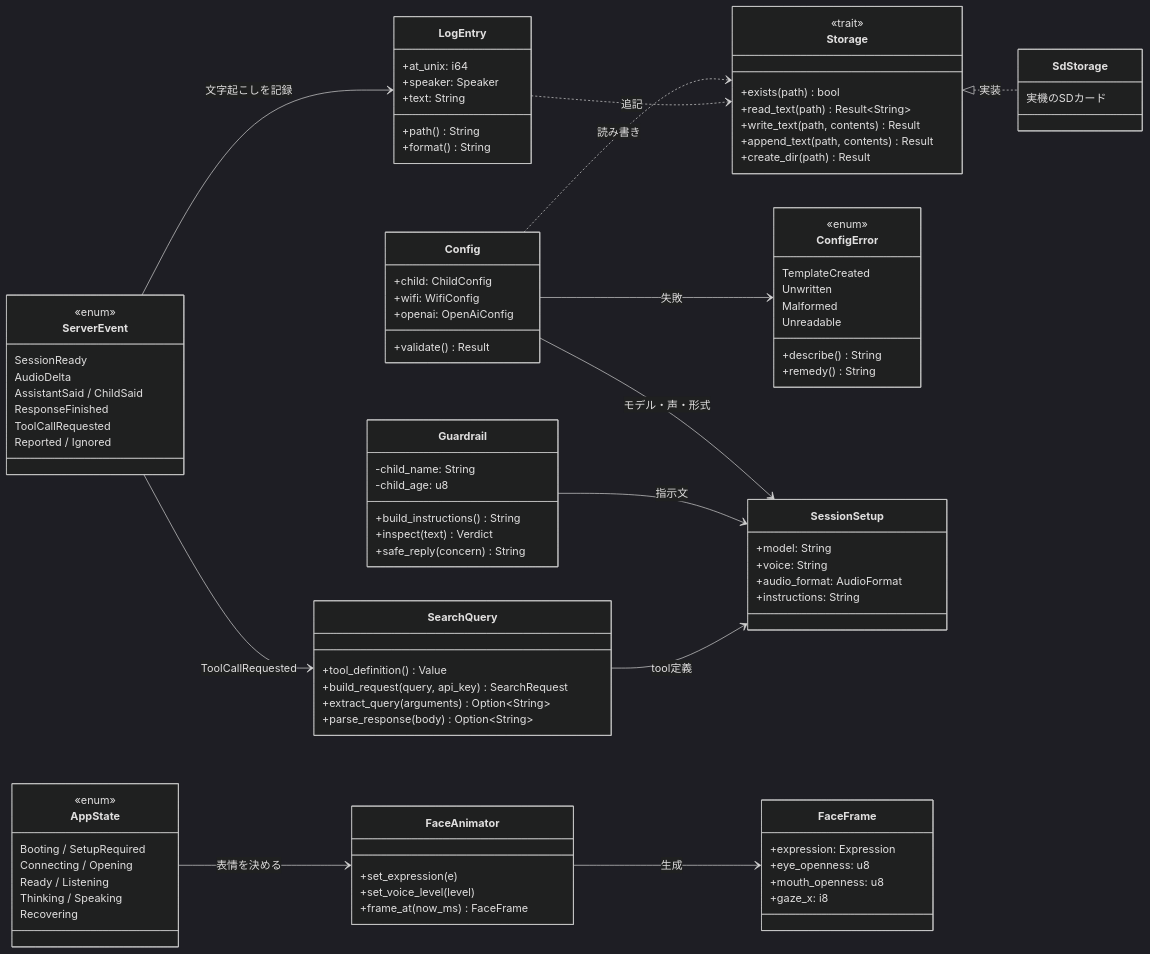
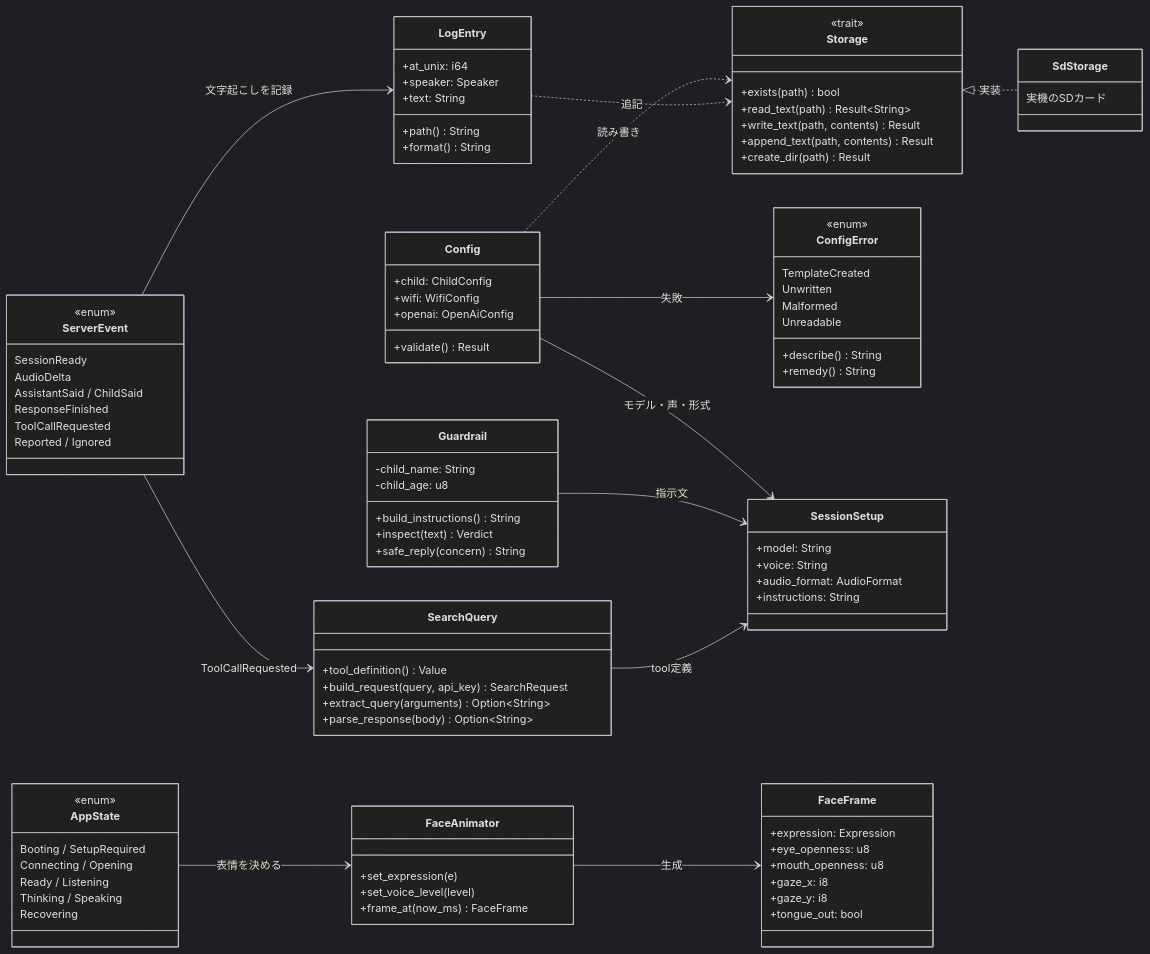
The second of 2 diagrams in docs/design/architecture.md (kibou-vision/m5a), drawn with Mermaid (dark theme) before and after one commit. The commit also changed 4 other files, not shown here.

```diff
--- a/docs/design/architecture.md
+++ b/docs/design/architecture.md
@@ -111,6 +111,8 @@
     +eye_openness: u8
     +mouth_openness: u8
     +gaze_x: i8
+    +gaze_y: i8
+    +tongue_out: bool
   }
 
   class LogEntry {
```
